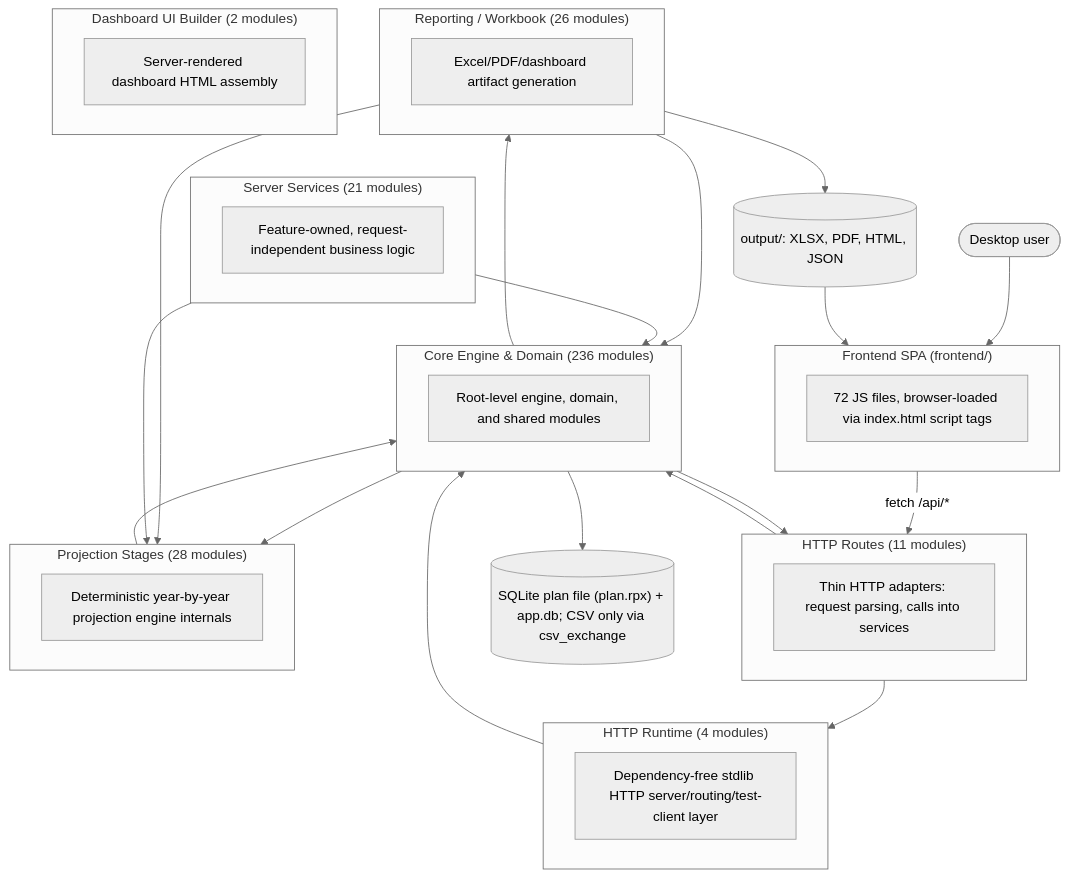
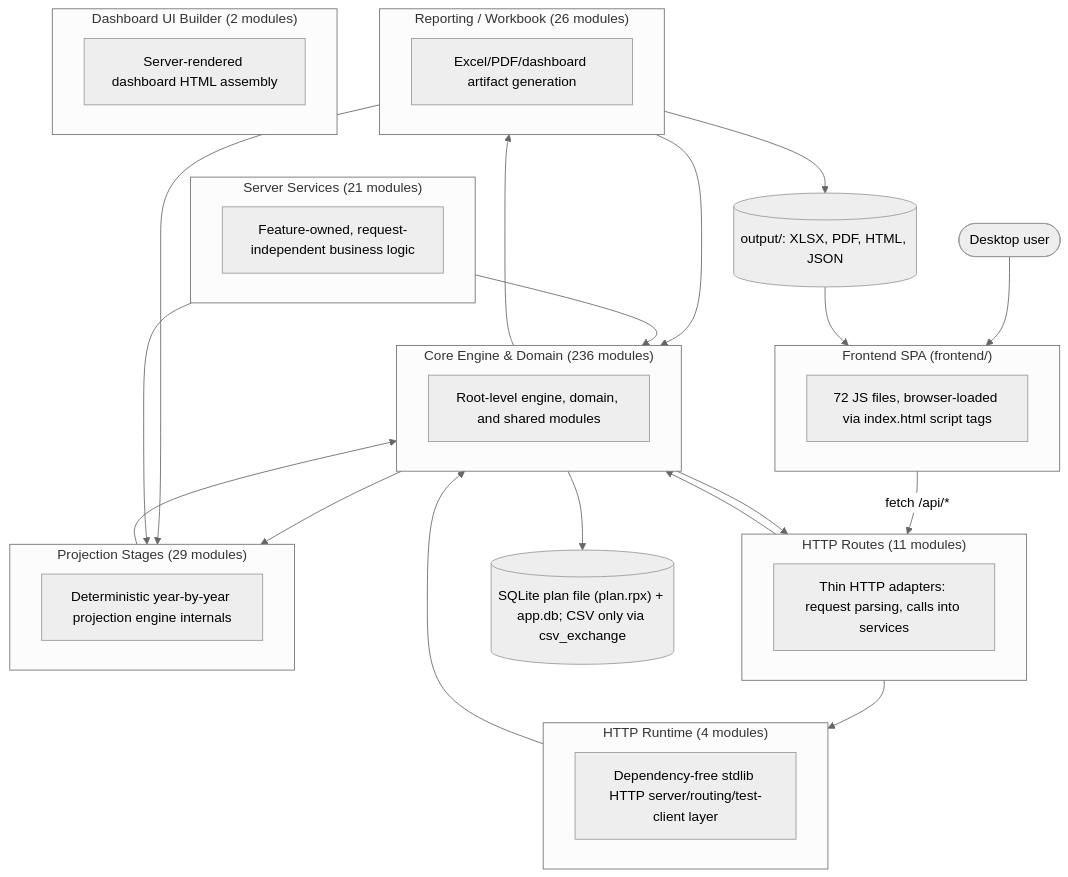
The first of 2 diagrams in documentation/reference/SYSTEM_ARCHITECTURE_DIAGRAM.md (matthartzman/retirement_system), drawn with Mermaid (neutral theme) before and after one commit. The commit also changed other lines of this file and 3 other files, not shown here.

````diff
--- a/documentation/reference/SYSTEM_ARCHITECTURE_DIAGRAM.md
+++ b/documentation/reference/SYSTEM_ARCHITECTURE_DIAGRAM.md
@@ -11,43 +11,43 @@
 ```mermaid
 flowchart TB
     User(["Desktop user"]) --> FE
     subgraph FE["Frontend SPA (frontend/)"]
         FEcount["72 JS files, browser-loaded via index.html script tags"]
     end
     FE -->|fetch /api/*| L_HTTP_Routes
     subgraph L_HTTP_Routes["HTTP Routes (11 modules)"]
         L_HTTP_Routes_d["Thin HTTP adapters: request parsing, calls into services"]
     end
     subgraph L_Server_Services["Server Services (21 modules)"]
         L_Server_Services_d["Feature-owned, request-independent business logic"]
     end
     subgraph L_HTTP_Runtime["HTTP Runtime (4 modules)"]
         L_HTTP_Runtime_d["Dependency-free stdlib HTTP server/routing/test-client layer"]
     end
     subgraph L_Core_Engine___Domain["Core Engine & Domain (236 modules)"]
         L_Core_Engine___Domain_d["Root-level engine, domain, and shared modules"]
     end
-    subgraph L_Projection_Stages["Projection Stages (28 modules)"]
+    subgraph L_Projection_Stages["Projection Stages (29 modules)"]
         L_Projection_Stages_d["Deterministic year-by-year projection engine internals"]
     end
     subgraph L_Reporting___Workbook["Reporting / Workbook (26 modules)"]
         L_Reporting___Workbook_d["Excel/PDF/dashboard artifact generation"]
     end
     subgraph L_Dashboard_UI_Builder["Dashboard UI Builder (2 modules)"]
         L_Dashboard_UI_Builder_d["Server-rendered dashboard HTML assembly"]
     end
     L_Core_Engine___Domain --> L_HTTP_Routes
     L_Core_Engine___Domain --> L_Projection_Stages
     L_Core_Engine___Domain --> L_Reporting___Workbook
     L_HTTP_Routes --> L_Core_Engine___Domain
     L_HTTP_Routes --> L_HTTP_Runtime
     L_HTTP_Runtime --> L_Core_Engine___Domain
     L_Projection_Stages --> L_Core_Engine___Domain
     L_Reporting___Workbook --> L_Core_Engine___Domain
     L_Reporting___Workbook --> L_Projection_Stages
     L_Server_Services --> L_Core_Engine___Domain
     L_Server_Services --> L_Projection_Stages
     L_Core_Engine___Domain --> DB[("SQLite plan file (plan.rpx) + app.db; CSV only via csv_exchange")]
     L_Reporting___Workbook --> Outputs[("output/: XLSX, PDF, HTML, JSON")]
     Outputs --> FE
 ```
````
